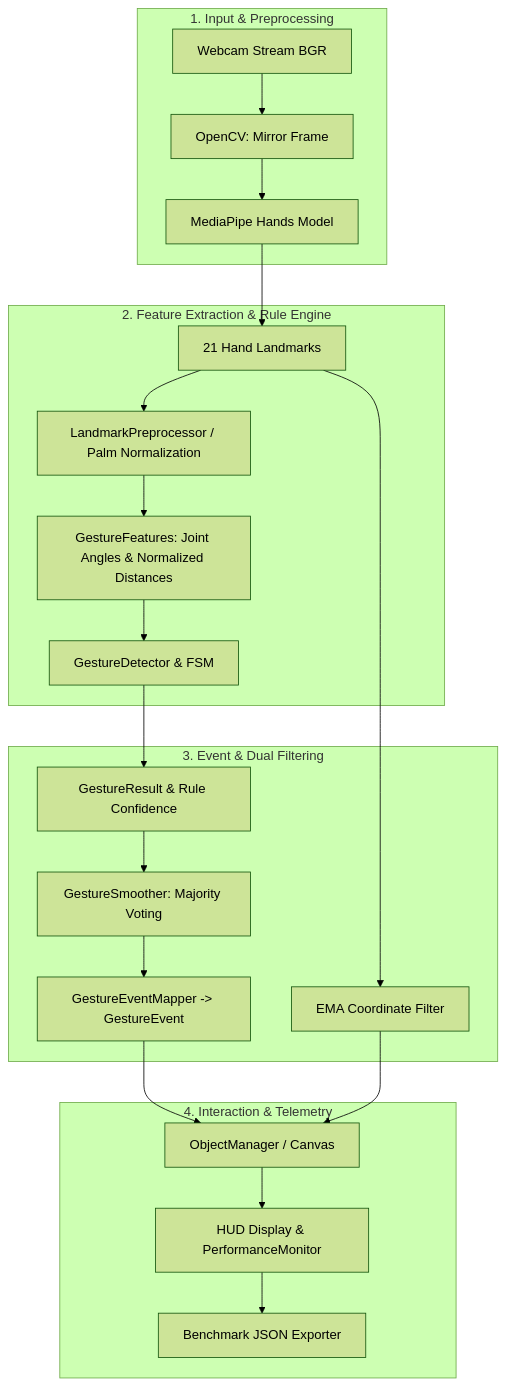
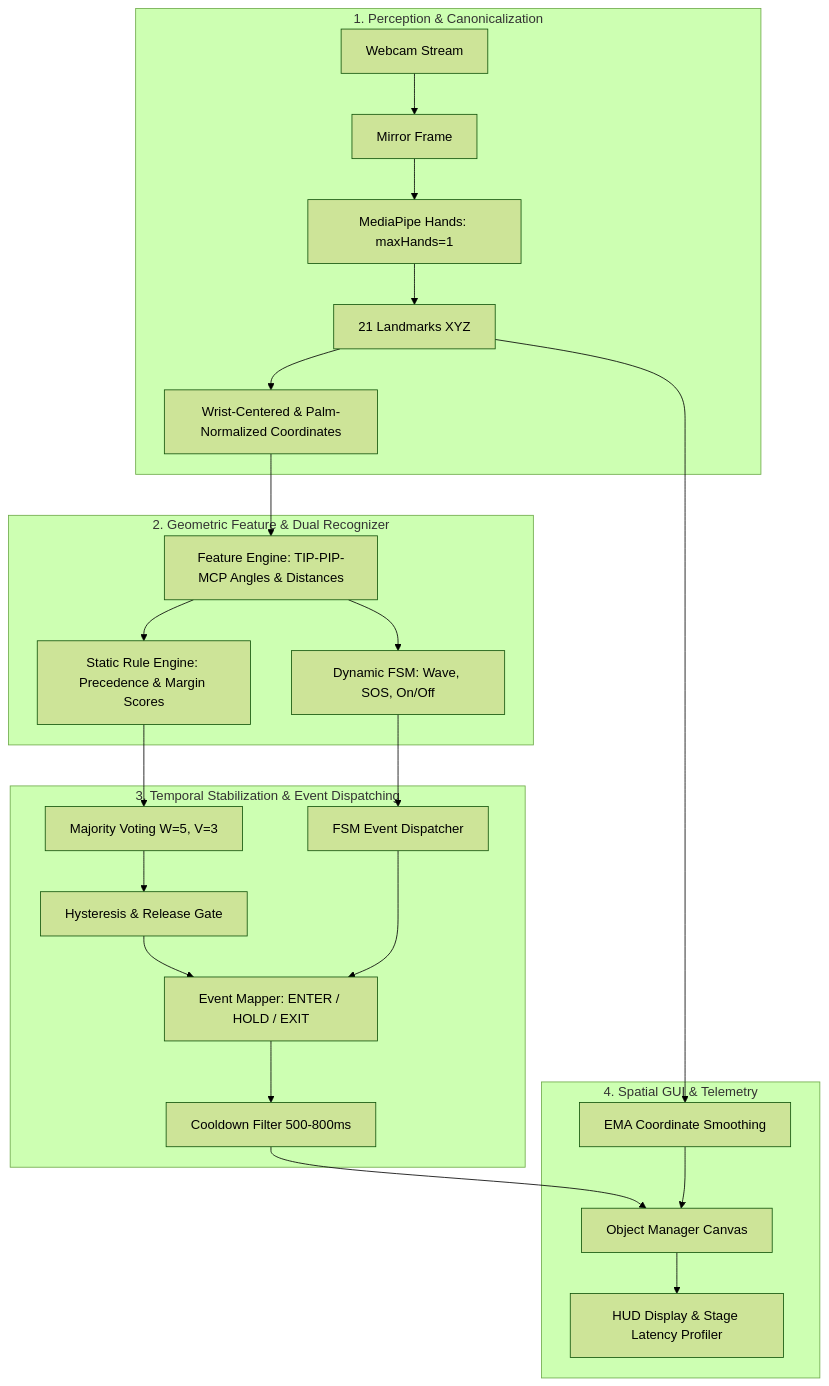
The diagram in README.md (haminhthong/hand-gesture-recognition), drawn with Mermaid (forest theme) before and after one commit. The commit also changed other lines of this file and 16 other files, not shown here.

````diff
--- a/README.md
+++ b/README.md
@@ -60,28 +108,31 @@
 ```mermaid
 flowchart TD
-    subgraph Capture ["1. Input & Preprocessing"]
-        A[Webcam Stream BGR] --> B[OpenCV: Mirror Frame]
-        B --> C[MediaPipe Hands Model]
+    subgraph Perception ["1. Perception & Canonicalization"]
+        A[Webcam Stream] --> B[Mirror Frame]
+        B --> C[MediaPipe Hands: maxHands=1]
+        C --> D[21 Landmarks XYZ]
+        D --> E[Wrist-Centered & Palm-Normalized Coordinates]
     end
 
-    subgraph Perception ["2. Feature Extraction & Rule Engine"]
-        C --> D[21 Hand Landmarks]
-        D --> E[LandmarkPreprocessor / Palm Normalization]
-        E --> F[GestureFeatures: Joint Angles & Normalized Distances]
-        F --> G[GestureDetector & FSM]
+    subgraph Recognition ["2. Geometric Feature & Dual Recognizer"]
+        E --> F[Feature Engine: TIP-PIP-MCP Angles & Distances]
+        F --> G[Static Rule Engine: Precedence & Margin Scores]
+        F --> H[Dynamic FSM: Wave, SOS, On/Off]
     end
 
-    subgraph Mapping ["3. Event & Dual Filtering"]
-        G --> H[GestureResult & Rule Confidence]
-        H --> I[GestureSmoother: Majority Voting]
-        I --> J[GestureEventMapper -> GestureEvent]
-        D --> K[EMA Coordinate Filter]
+    subgraph Stabilization ["3. Temporal Stabilization & Event Dispatching"]
+        G --> I[Majority Voting W=5, V=3]
+        I --> J[Hysteresis & Release Gate]
+        H --> K[FSM Event Dispatcher]
+        J --> L[Event Mapper: ENTER / HOLD / EXIT]
+        K --> L
+        L --> M[Cooldown Filter 500-800ms]
     end
 
-    subgraph UI ["4. Interaction & Telemetry"]
-        J --> L[ObjectManager / Canvas]
-        K --> L
-        L --> M[HUD Display & PerformanceMonitor]
-        M --> N[Benchmark JSON Exporter]
+    subgraph Interaction ["4. Spatial GUI & Telemetry"]
+        D --> N[EMA Coordinate Smoothing]
+        M --> O[Object Manager Canvas]
+        N --> O
+        O --> P[HUD Display & Stage Latency Profiler]
     end
 ```
````
